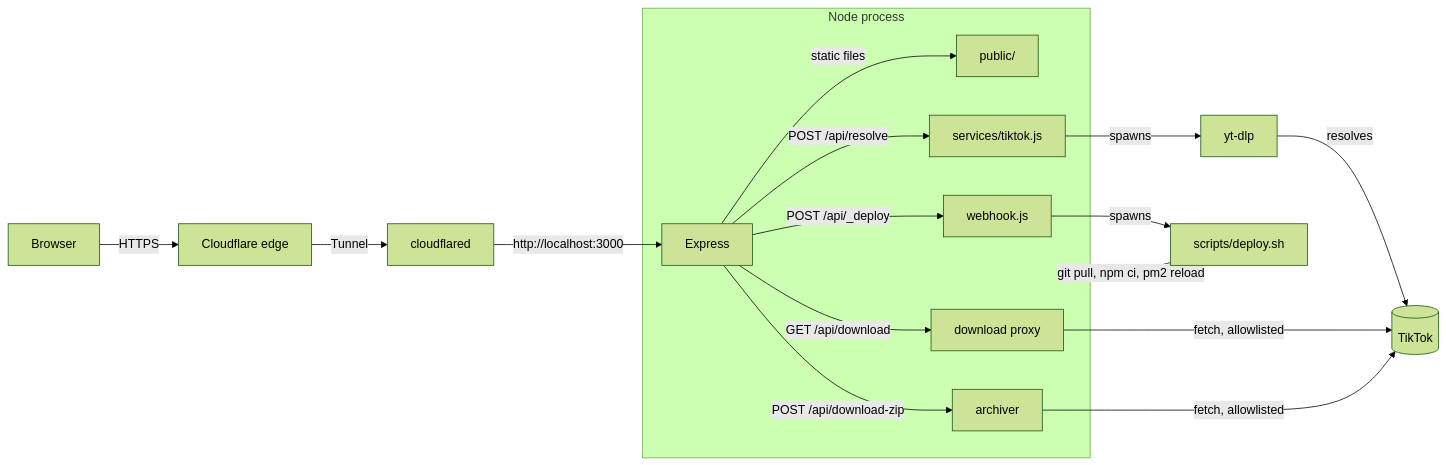
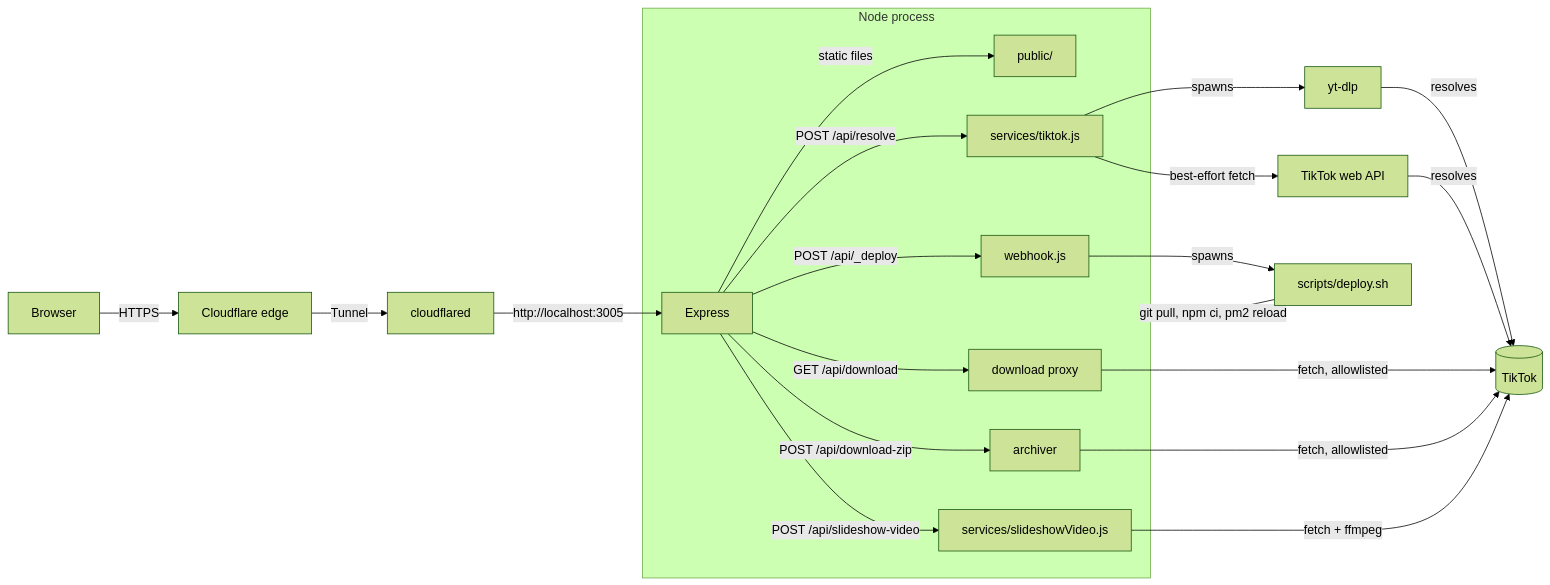
The diagram in docs/ARCHITECTURE.md (SSMG4/SlickTok), drawn with Mermaid (forest theme) before and after one commit. The commit also changed other lines of this file and 38 other files, not shown here.

````diff
--- a/docs/ARCHITECTURE.md
+++ b/docs/ARCHITECTURE.md
@@ -10,21 +10,25 @@
 ```mermaid
 flowchart LR
     Browser -->|HTTPS| CF[Cloudflare edge]
     CF -->|Tunnel| CFD[cloudflared]
-    CFD -->|http://localhost:3000| Express
+    CFD -->|http://localhost:3005| Express
 
     subgraph Server [Node process]
         Express -->|static files| Public[public/]
         Express -->|POST /api/resolve| Resolve[services/tiktok.js]
         Express -->|GET /api/download| Proxy[download proxy]
         Express -->|POST /api/download-zip| Zip[archiver]
+        Express -->|POST /api/slideshow-video| Convert[services/slideshowVideo.js]
         Express -->|POST /api/_deploy| Webhook[webhook.js]
     end
 
     Resolve -->|spawns| YtDlp[yt-dlp]
+    Resolve -->|best-effort fetch| WebApi[TikTok web API]
     YtDlp -->|resolves| TikTok[(TikTok)]
+    WebApi -->|resolves| TikTok
     Proxy -->|fetch, allowlisted| TikTok
     Zip -->|fetch, allowlisted| TikTok
+    Convert -->|fetch + ffmpeg| TikTok
     Webhook -->|spawns| Deploy[scripts/deploy.sh]
     Deploy -->|git pull, npm ci, pm2 reload| Server
 ```
````
